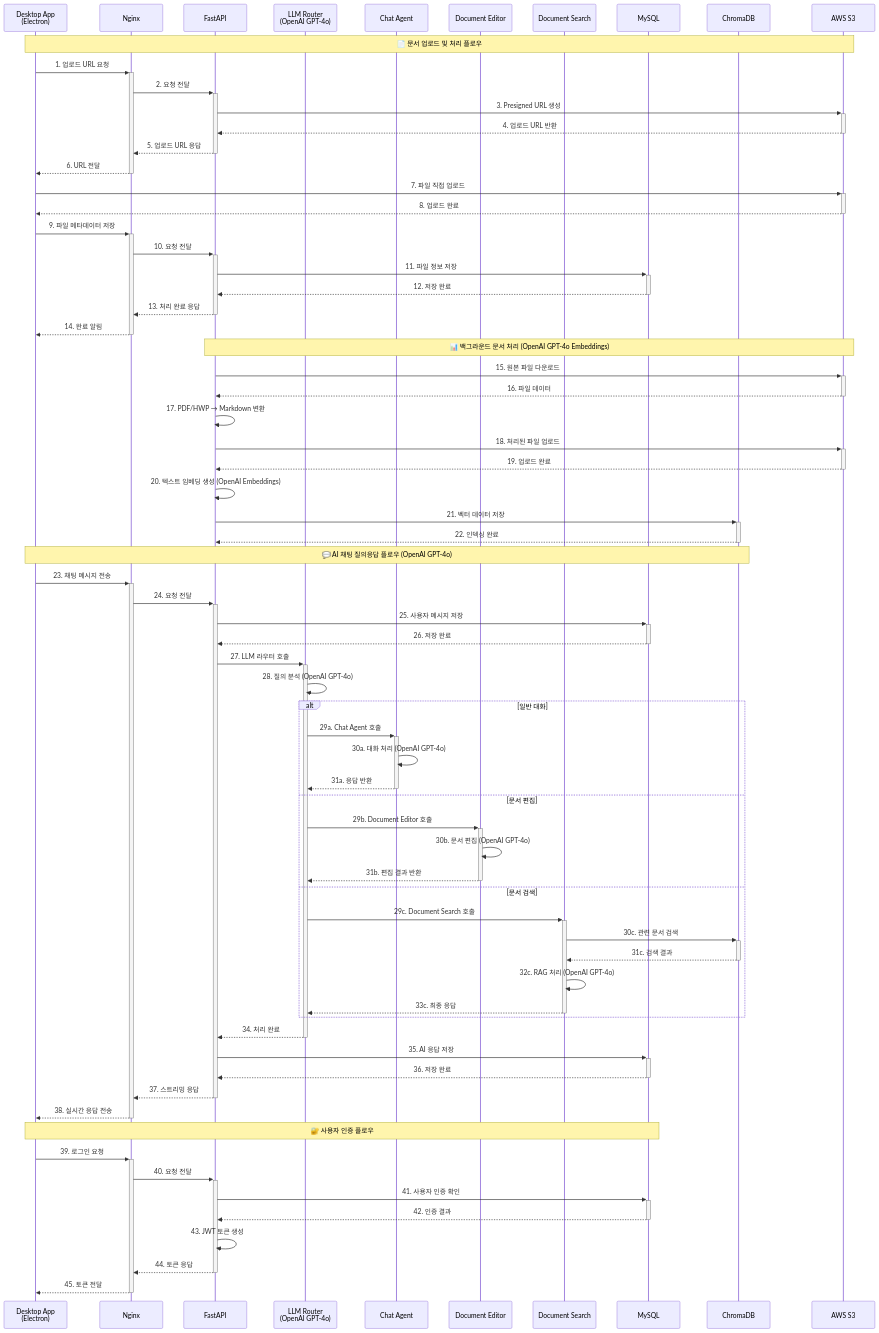
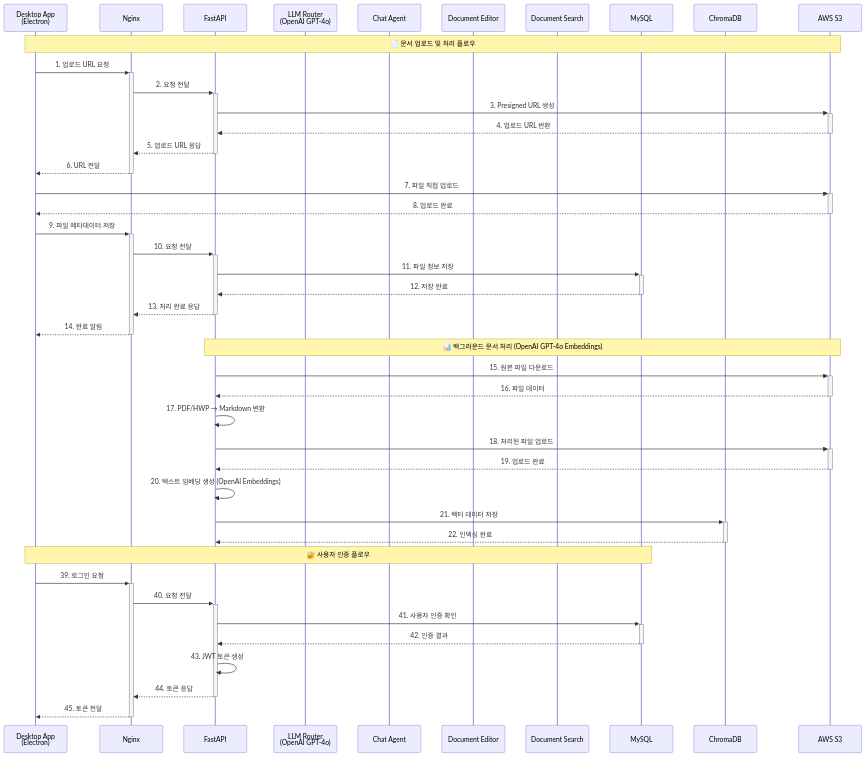
Before and after one commit to SKNETWORKS-FAMILY-AICAMP/SKN13-FINAL-1TEAM: the fifth of 6 diagrams in 산출물/8주차/시스템_구성도_초안.md, drawn with Mermaid. The commit also changed 12 other files, not shown here.

```diff
--- a/산출물/8주차/시스템_구성도_초안.md
+++ b/산출물/8주차/시스템_구성도_초안.md
@@ -323,41 +325,6 @@
     API->>+V: 21. 벡터 데이터 저장
     V-->>-API: 22. 인덱싱 완료
 
-    %% 채팅 질의응답 플로우
-    Note over C,V: 💬 AI 채팅 질의응답 플로우 (OpenAI GPT-4o)
-    
-    C->>+N: 23. 채팅 메시지 전송
-    N->>+API: 24. 요청 전달
-    
-    API->>+DB: 25. 사용자 메시지 저장
-    DB-->>-API: 26. 저장 완료
-    
-    API->>+R: 27. LLM 라우터 호출
-    R->>R: 28. 질의 분석 (OpenAI GPT-4o)
-    
-    alt 일반 대화
-        R->>+CA: 29a. Chat Agent 호출
-        CA->>CA: 30a. 대화 처리 (OpenAI GPT-4o)
-        CA-->>-R: 31a. 응답 반환
-    else 문서 편집
-        R->>+DE: 29b. Document Editor 호출
-        DE->>DE: 30b. 문서 편집 (OpenAI GPT-4o)
-        DE-->>-R: 31b. 편집 결과 반환
-    else 문서 검색
-        R->>+DS: 29c. Document Search 호출
-        DS->>+V: 30c. 관련 문서 검색
-        V-->>-DS: 31c. 검색 결과
-        DS->>DS: 32c. RAG 처리 (OpenAI GPT-4o)
-        DS-->>-R: 33c. 최종 응답
-    end
-    
-    R-->>-API: 34. 처리 완료
-    
-    API->>+DB: 35. AI 응답 저장
-    DB-->>-API: 36. 저장 완료
-    
-    API-->>-N: 37. 스트리밍 응답
-    N-->>-C: 38. 실시간 응답 전송
 
     %% 인증 플로우
     Note over C,DB: 🔐 사용자 인증 플로우
```
